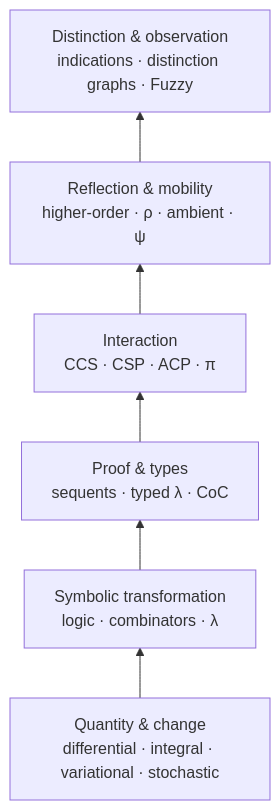
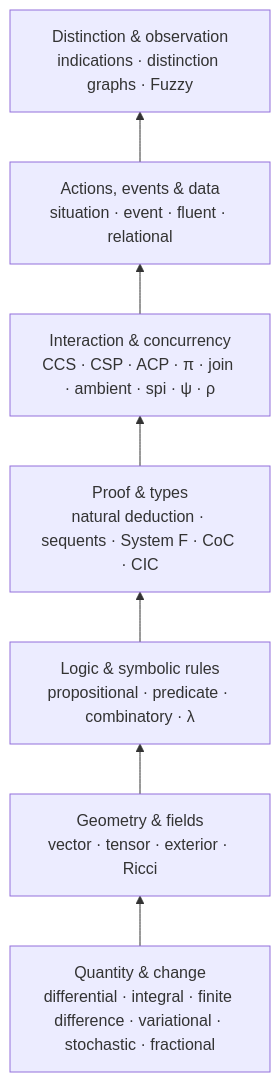
Before and after one commit to PaulTiffany/calculi: the diagram in README.md, drawn with Mermaid. The commit also changed other lines of this file, not shown here.

````diff
--- a/README.md
+++ b/README.md
@@ -17,8 +17,9 @@
 ```mermaid
 flowchart BT
-    A["Quantity & change<br/>differential · integral · variational · stochastic"] --> B["Symbolic transformation<br/>logic · combinators · λ"]
-    B --> C["Proof & types<br/>sequents · typed λ · CoC"]
-    C --> D["Interaction<br/>CCS · CSP · ACP · π"]
-    D --> E["Reflection & mobility<br/>higher-order · ρ · ambient · ψ"]
-    E --> F["Distinction & observation<br/>indications · distinction graphs · Fuzzy"]
+    A["Quantity & change<br/>differential · integral · finite difference · variational · stochastic · fractional"] --> B["Geometry & fields<br/>vector · tensor · exterior · Ricci"]
+    B --> C["Logic & symbolic rules<br/>propositional · predicate · combinatory · λ"]
+    C --> D["Proof & types<br/>natural deduction · sequents · System F · CoC · CIC"]
+    D --> E["Interaction & concurrency<br/>CCS · CSP · ACP · π · join · ambient · spi · ψ · ρ"]
+    E --> F["Actions, events & data<br/>situation · event · fluent · relational"]
+    F --> G["Distinction & observation<br/>indications · distinction graphs · Fuzzy"]
 ```
````
